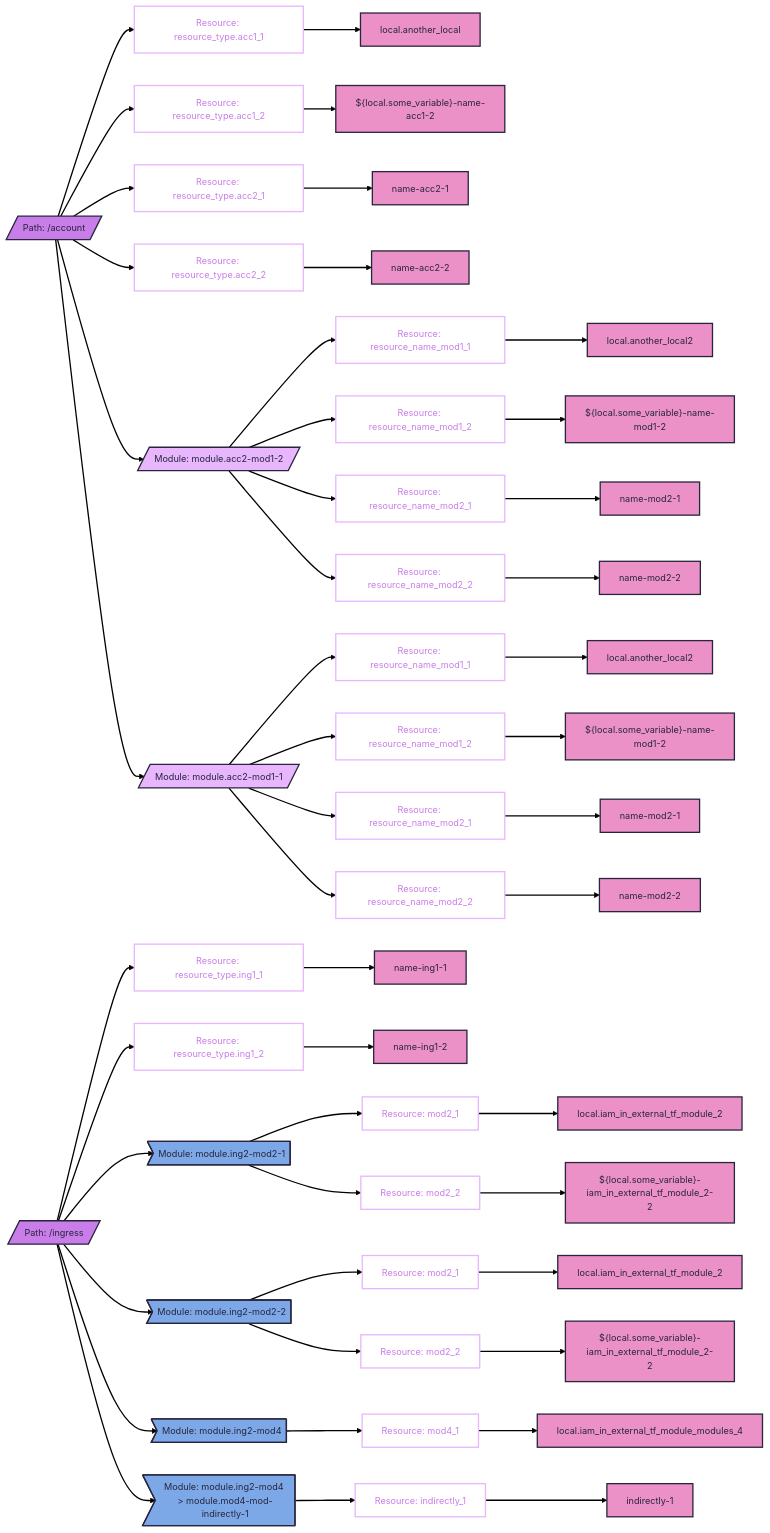
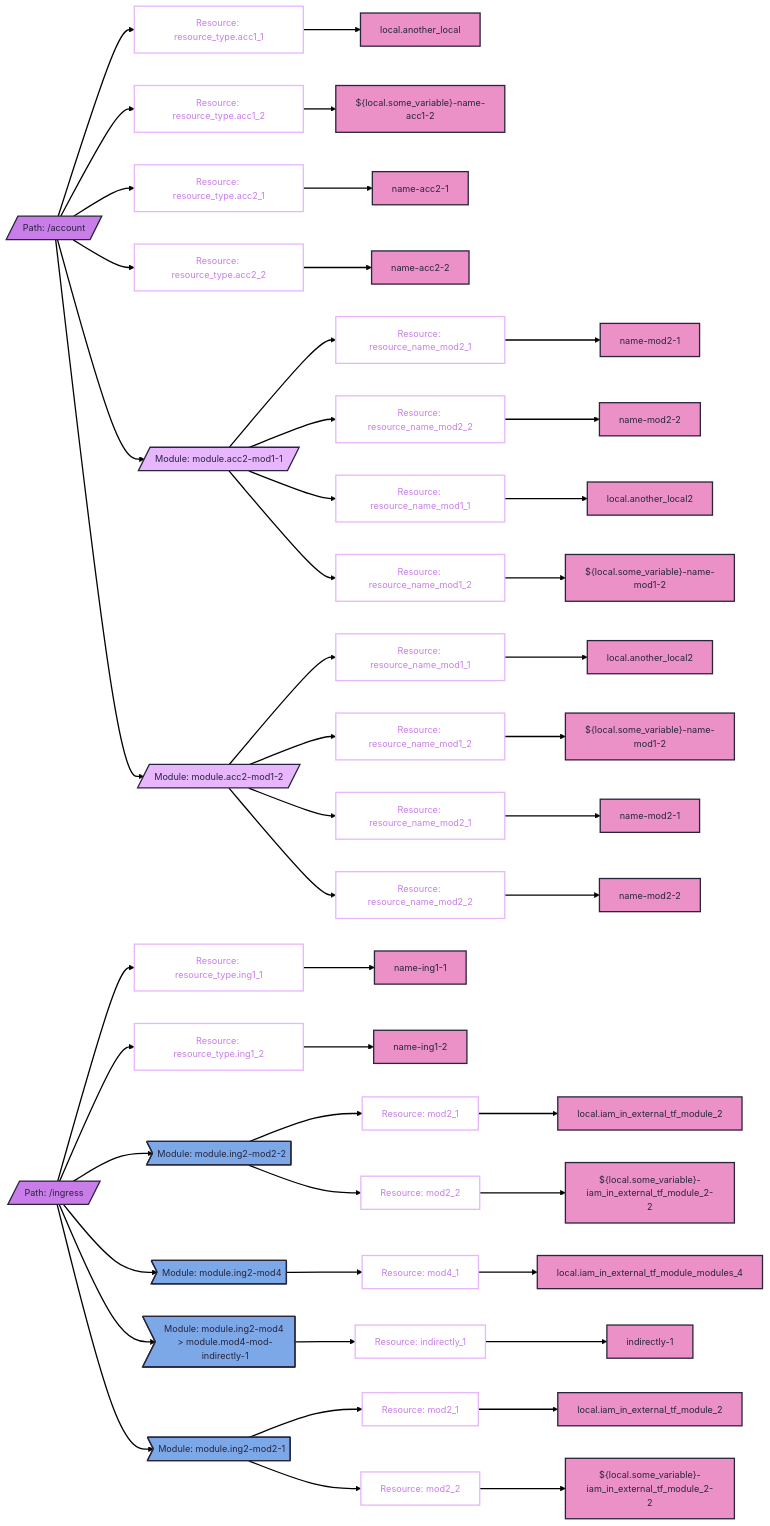
One commit to keenbytes/tfsketch changed the diagram in output.mmd. Above: the diagram before and after it, drawn with Mermaid. The commit also changed other lines of this file and 1 other file, not shown here.

```diff
--- a/output.mmd
+++ b/output.mmd
@@ -1,36 +1,36 @@
 ---
 config:
   theme: redux
 ---
 flowchart LR
   classDef tf-path fill:#c87de8
   classDef tf-resource-name stroke:#e7b6fc,color:#c87de8
   classDef tf-resource-name-int-mod fill:#e7b6fc
   classDef tf-resource-name-ext-mod fill:#7da8e8
   classDef tf-resource-field-name fill:#eb91c7
   account[/"Path: /account"/]:::tf-path --> account___acc11["Resource: resource_type.acc1_1"]:::tf-resource-name --> account___acc11___FieldName["local.another_local"]:::tf-resource-field-name
   account[/"Path: /account"/]:::tf-path --> account___acc12["Resource: resource_type.acc1_2"]:::tf-resource-name --> account___acc12___FieldName["${local.some_variable}-name-acc1-2"]:::tf-resource-field-name
   account[/"Path: /account"/]:::tf-path --> account___acc21["Resource: resource_type.acc2_1"]:::tf-resource-name --> account___acc21___FieldName["name-acc2-1"]:::tf-resource-field-name
   account[/"Path: /account"/]:::tf-path --> account___acc22["Resource: resource_type.acc2_2"]:::tf-resource-name --> account___acc22___FieldName["name-acc2-2"]:::tf-resource-field-name
+  account[/"Path: /account"/]:::tf-path --> account___mod___accountmodulesmodule1___acc2mod11[/"Module: module.acc2-mod1-1"/]:::tf-resource-name-int-mod
+  account___mod___accountmodulesmodule1___acc2mod11[/"Module: module.acc2-mod1-1"/]:::tf-resource-name-int-mod --> account___mod___accountmodulesmodule1___acc2mod11___resourcenamemod21["Resource: resource_name_mod2_1"]:::tf-resource-name --> account___mod___accountmodulesmodule1___acc2mod11___resourcenamemod21___FieldName["name-mod2-1"]:::tf-resource-field-name
+  account___mod___accountmodulesmodule1___acc2mod11[/"Module: module.acc2-mod1-1"/]:::tf-resource-name-int-mod --> account___mod___accountmodulesmodule1___acc2mod11___resourcenamemod22["Resource: resource_name_mod2_2"]:::tf-resource-name --> account___mod___accountmodulesmodule1___acc2mod11___resourcenamemod22___FieldName["name-mod2-2"]:::tf-resource-field-name
+  account___mod___accountmodulesmodule1___acc2mod11[/"Module: module.acc2-mod1-1"/]:::tf-resource-name-int-mod --> account___mod___accountmodulesmodule1___acc2mod11___resourcenamemod11["Resource: resource_name_mod1_1"]:::tf-resource-name --> account___mod___accountmodulesmodule1___acc2mod11___resourcenamemod11___FieldName["local.another_local2"]:::tf-resource-field-name
+  account___mod___accountmodulesmodule1___acc2mod11[/"Module: module.acc2-mod1-1"/]:::tf-resource-name-int-mod --> account___mod___accountmodulesmodule1___acc2mod11___resourcenamemod12["Resource: resource_name_mod1_2"]:::tf-resource-name --> account___mod___accountmodulesmodule1___acc2mod11___resourcenamemod12___FieldName["${local.some_variable}-name-mod1-2"]:::tf-resource-field-name
   account[/"Path: /account"/]:::tf-path --> account___mod___accountmodulesmodule1___acc2mod12[/"Module: module.acc2-mod1-2"/]:::tf-resource-name-int-mod
   account___mod___accountmodulesmodule1___acc2mod12[/"Module: module.acc2-mod1-2"/]:::tf-resource-name-int-mod --> account___mod___accountmodulesmodule1___acc2mod12___resourcenamemod11["Resource: resource_name_mod1_1"]:::tf-resource-name --> account___mod___accountmodulesmodule1___acc2mod12___resourcenamemod11___FieldName["local.another_local2"]:::tf-resource-field-name
   account___mod___accountmodulesmodule1___acc2mod12[/"Module: module.acc2-mod1-2"/]:::tf-resource-name-int-mod --> account___mod___accountmodulesmodule1___acc2mod12___resourcenamemod12["Resource: resource_name_mod1_2"]:::tf-resource-name --> account___mod___accountmodulesmodule1___acc2mod12___resourcenamemod12___FieldName["${local.some_variable}-name-mod1-2"]:::tf-resource-field-name
   account___mod___accountmodulesmodule1___acc2mod12[/"Module: module.acc2-mod1-2"/]:::tf-resource-name-int-mod --> account___mod___accountmodulesmodule1___acc2mod12___resourcenamemod21["Resource: resource_name_mod2_1"]:::tf-resource-name --> account___mod___accountmodulesmodule1___acc2mod12___resourcenamemod21___FieldName["name-mod2-1"]:::tf-resource-field-name
   account___mod___accountmodulesmodule1___acc2mod12[/"Module: module.acc2-mod1-2"/]:::tf-resource-name-int-mod --> account___mod___accountmodulesmodule1___acc2mod12___resourcenamemod22["Resource: resource_name_mod2_2"]:::tf-resource-name --> account___mod___accountmodulesmodule1___acc2mod12___resourcenamemod22___FieldName["name-mod2-2"]:::tf-resource-field-name
-  account[/"Path: /account"/]:::tf-path --> account___mod___accountmodulesmodule1___acc2mod11[/"Module: module.acc2-mod1-1"/]:::tf-resource-name-int-mod
-  account___mod___accountmodulesmodule1___acc2mod11[/"Module: module.acc2-mod1-1"/]:::tf-resource-name-int-mod --> account___mod___accountmodulesmodule1___acc2mod11___resourcenamemod11["Resource: resource_name_mod1_1"]:::tf-resource-name --> account___mod___accountmodulesmodule1___acc2mod11___resourcenamemod11___FieldName["local.another_local2"]:::tf-resource-field-name
-  account___mod___accountmodulesmodule1___acc2mod11[/"Module: module.acc2-mod1-1"/]:::tf-resource-name-int-mod --> account___mod___accountmodulesmodule1___acc2mod11___resourcenamemod12["Resource: resource_name_mod1_2"]:::tf-resource-name --> account___mod___accountmodulesmodule1___acc2mod11___resourcenamemod12___FieldName["${local.some_variable}-name-mod1-2"]:::tf-resource-field-name
-  account___mod___accountmodulesmodule1___acc2mod11[/"Module: module.acc2-mod1-1"/]:::tf-resource-name-int-mod --> account___mod___accountmodulesmodule1___acc2mod11___resourcenamemod21["Resource: resource_name_mod2_1"]:::tf-resource-name --> account___mod___accountmodulesmodule1___acc2mod11___resourcenamemod21___FieldName["name-mod2-1"]:::tf-resource-field-name
-  account___mod___accountmodulesmodule1___acc2mod11[/"Module: module.acc2-mod1-1"/]:::tf-resource-name-int-mod --> account___mod___accountmodulesmodule1___acc2mod11___resourcenamemod22["Resource: resource_name_mod2_2"]:::tf-resource-name --> account___mod___accountmodulesmodule1___acc2mod11___resourcenamemod22___FieldName["name-mod2-2"]:::tf-resource-field-name
   ingress[/"Path: /ingress"/]:::tf-path --> ingress___ing11["Resource: resource_type.ing1_1"]:::tf-resource-name --> ingress___ing11___FieldName["name-ing1-1"]:::tf-resource-field-name
   ingress[/"Path: /ingress"/]:::tf-path --> ingress___ing12["Resource: resource_type.ing1_2"]:::tf-resource-name --> ingress___ing12___FieldName["name-ing1-2"]:::tf-resource-field-name
-  ingress[/"Path: /ingress"/]:::tf-path --> ingress___mod___root___ing2mod21>"Module: module.ing2-mod2-1"]:::tf-resource-name-ext-mod
-  ingress___mod___root___ing2mod21>"Module: module.ing2-mod2-1"]:::tf-resource-name-ext-mod --> ingress___mod___root___ing2mod21___mod21["Resource: mod2_1"]:::tf-resource-name --> ingress___mod___root___ing2mod21___mod21___FieldName["local.iam_in_external_tf_module_2"]:::tf-resource-field-name
-  ingress___mod___root___ing2mod21>"Module: module.ing2-mod2-1"]:::tf-resource-name-ext-mod --> ingress___mod___root___ing2mod21___mod22["Resource: mod2_2"]:::tf-resource-name --> ingress___mod___root___ing2mod21___mod22___FieldName["${local.some_variable}-iam_in_external_tf_module_2-2"]:::tf-resource-field-name
   ingress[/"Path: /ingress"/]:::tf-path --> ingress___mod___root___ing2mod22>"Module: module.ing2-mod2-2"]:::tf-resource-name-ext-mod
   ingress___mod___root___ing2mod22>"Module: module.ing2-mod2-2"]:::tf-resource-name-ext-mod --> ingress___mod___root___ing2mod22___mod21["Resource: mod2_1"]:::tf-resource-name --> ingress___mod___root___ing2mod22___mod21___FieldName["local.iam_in_external_tf_module_2"]:::tf-resource-field-name
   ingress___mod___root___ing2mod22>"Module: module.ing2-mod2-2"]:::tf-resource-name-ext-mod --> ingress___mod___root___ing2mod22___mod22["Resource: mod2_2"]:::tf-resource-name --> ingress___mod___root___ing2mod22___mod22___FieldName["${local.some_variable}-iam_in_external_tf_module_2-2"]:::tf-resource-field-name
   ingress[/"Path: /ingress"/]:::tf-path --> ingress___mod___root___ing2mod4>"Module: module.ing2-mod4"]:::tf-resource-name-ext-mod
   ingress___mod___root___ing2mod4>"Module: module.ing2-mod4"]:::tf-resource-name-ext-mod --> ingress___mod___root___ing2mod4___mod41["Resource: mod4_1"]:::tf-resource-name --> ingress___mod___root___ing2mod4___mod41___FieldName["local.iam_in_external_tf_module_modules_4"]:::tf-resource-field-name
   ingress[/"Path: /ingress"/]:::tf-path --> ingress___mod___root___ing2mod4___mod4modindirectly1>"Module: module.ing2-mod4 > module.mod4-mod-indirectly-1"]:::tf-resource-name-ext-mod
   ingress___mod___root___ing2mod4___mod4modindirectly1>"Module: module.ing2-mod4 > module.mod4-mod-indirectly-1"]:::tf-resource-name-ext-mod --> ingress___mod___root___ing2mod4___mod4modindirectly1___indirectly1["Resource: indirectly_1"]:::tf-resource-name --> ingress___mod___root___ing2mod4___mod4modindirectly1___indirectly1___FieldName["indirectly-1"]:::tf-resource-field-name
+  ingress[/"Path: /ingress"/]:::tf-path --> ingress___mod___root___ing2mod21>"Module: module.ing2-mod2-1"]:::tf-resource-name-ext-mod
+  ingress___mod___root___ing2mod21>"Module: module.ing2-mod2-1"]:::tf-resource-name-ext-mod --> ingress___mod___root___ing2mod21___mod21["Resource: mod2_1"]:::tf-resource-name --> ingress___mod___root___ing2mod21___mod21___FieldName["local.iam_in_external_tf_module_2"]:::tf-resource-field-name
+  ingress___mod___root___ing2mod21>"Module: module.ing2-mod2-1"]:::tf-resource-name-ext-mod --> ingress___mod___root___ing2mod21___mod22["Resource: mod2_2"]:::tf-resource-name --> ingress___mod___root___ing2mod21___mod22___FieldName["${local.some_variable}-iam_in_external_tf_module_2-2"]:::tf-resource-field-name
```
